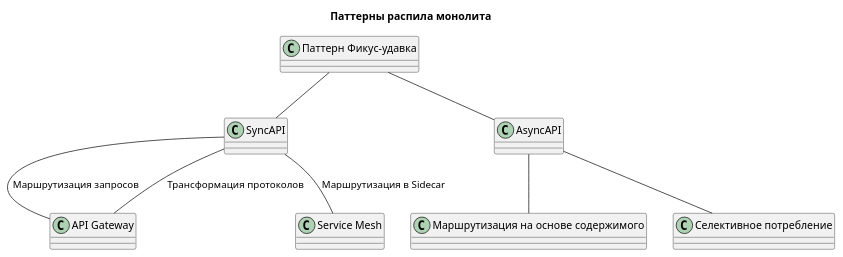
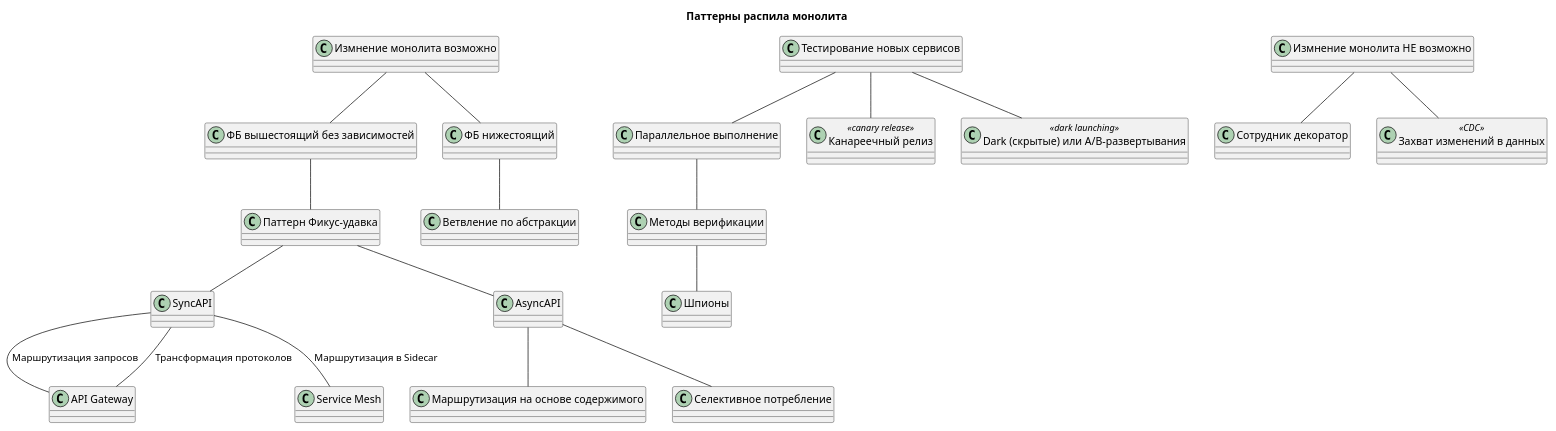
Before and after one commit to daemon110282/daemon110282.github.io: the diagram in arch/pattern/monolit2msa.puml, drawn with PlantUML. The commit also changed 1 other file, not shown here.

```diff
--- a/arch/pattern/monolit2msa.puml
+++ b/arch/pattern/monolit2msa.puml
@@ -1,29 +1,55 @@
 @startuml (@id=code)
 
 title Паттерны распила монолита
 
-class "Паттерн Фикус-удавка" 
+class "Измнение монолита возможно"
+class "Паттерн Фикус-удавка"
+class "ФБ вышестоящий без зависимостей"
+"Измнение монолита возможно" -- "ФБ вышестоящий без зависимостей"
+"ФБ вышестоящий без зависимостей" -- "Паттерн Фикус-удавка" 
 class "API Gateway"
 class SyncAPI 
 "Паттерн Фикус-удавка" -- SyncAPI 
 SyncAPI -- "API Gateway" : Маршрутизация запросов
 SyncAPI -- "API Gateway" : Трансформация протоколов
 class "Service Mesh" 
 SyncAPI -- "Service Mesh" : Маршрутизация в Sidecar 
 
 class AsyncAPI
 "Паттерн Фикус-удавка" -- AsyncAPI 
 AsyncAPI -- "Маршрутизация на основе содержимого"
 AsyncAPI -- "Селективное потребление"
 
+
+class "ФБ нижестоящий"
+"Измнение монолита возможно" -- "ФБ нижестоящий"
+class "Ветвление по абстракции"
+"ФБ нижестоящий" -- "Ветвление по абстракции" 
+
+
+class "Тестирование новых сервисов"
+class "Параллельное выполнение"
+class "Канареечный релиз" <<canary release>>
+class "Dark (скрытые) или А/В-развертывания" <<dark launching>>
+"Тестирование новых сервисов" -- "Параллельное выполнение"
+"Тестирование новых сервисов" -- "Канареечный релиз"
+"Тестирование новых сервисов" -- "Dark (скрытые) или А/В-развертывания"
+
+"Параллельное выполнение" -- "Методы верификации"
+"Методы верификации" -- "Шпионы"
+
+class "Измнение монолита НЕ возможно"
+"Измнение монолита НЕ возможно" -- "Сотрудник декоратор"
+class "Захват изменений в данных" <<CDC>>
+"Измнение монолита НЕ возможно" -- "Захват изменений в данных"
+
+
 ' <<Core Domain>>
-' class Предметная_Область <<Domain>>
-' class Предметная_Подобласть <<Subdomain>>
 ' Предметная_Область "1" -- "*" Предметная_Подобласть: включает 
 ' Смысловое_Ядро -- Предметная_Область: важна бизнесу
 ' class Ограниченный_контекст <<Bounded Context>>
 ' Ограниченный_контекст -- Предметная_Область : единый язык
 ' class Карта_контекстов <<Map Context>>
 ' Карта_контекстов - Ограниченный_контекст: содержит
 
 @enduml
```
